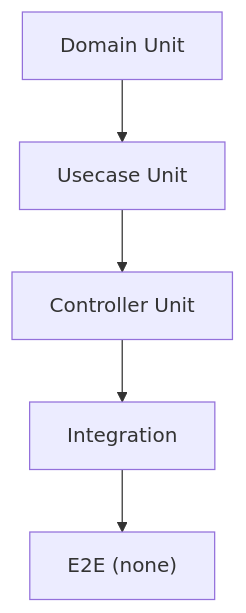
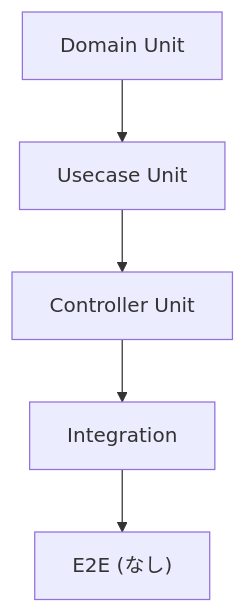
One commit to Tomy-ch/go-boilerplate changed the second of 6 diagrams in internal/integration/README.md. Above: the diagram before and after it, drawn with Mermaid. The commit also changed other lines of this file and 970 other files, not shown here.

````diff
--- a/internal/integration/README.md
+++ b/internal/integration/README.md
@@ -42,10 +42,10 @@
 ```mermaid
 flowchart TB
     Domain["Domain Unit"]
     Usecase["Usecase Unit"]
     Controller["Controller Unit"]
     Integration["Integration"]
-    E2E["E2E (none)"]
+    E2E["E2E (なし)"]
 
     Domain --> Usecase --> Controller --> Integration --> E2E
 ```
````
